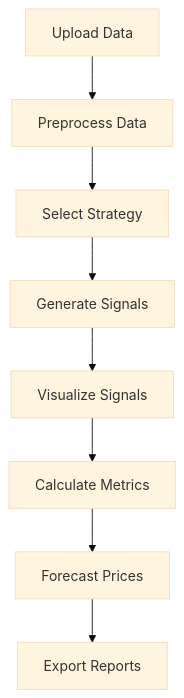
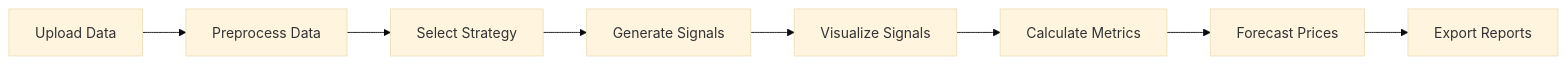
Before and after one commit to pranshu-5123/BacktestingEngine: the diagram in README.md, drawn with Mermaid (base theme).

````diff
--- a/README.md
+++ b/README.md
@@ -14,10 +14,10 @@
 ```mermaid
-graph TD
+graph LR
     A[Upload Data] --> B[Preprocess Data]
     B --> C[Select Strategy]
     C --> D[Generate Signals]
     D --> E[Visualize Signals]
     E --> F[Calculate Metrics]
     F --> G[Forecast Prices]
     G --> H[Export Reports]
 ```
````
